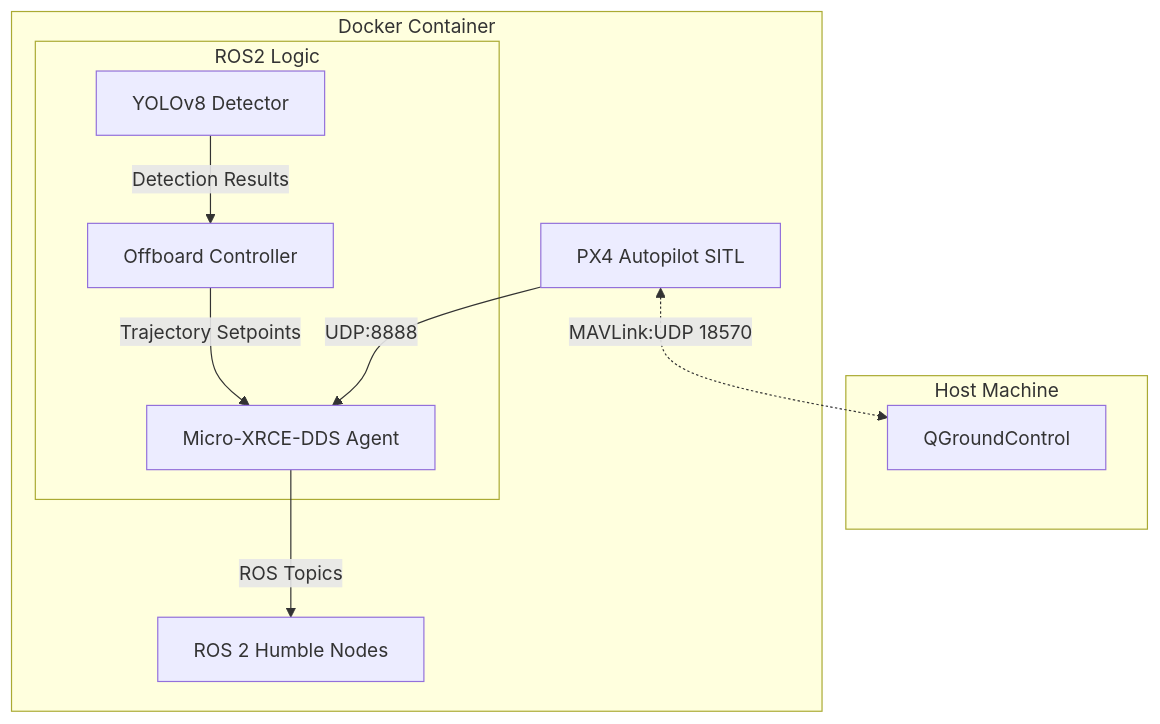
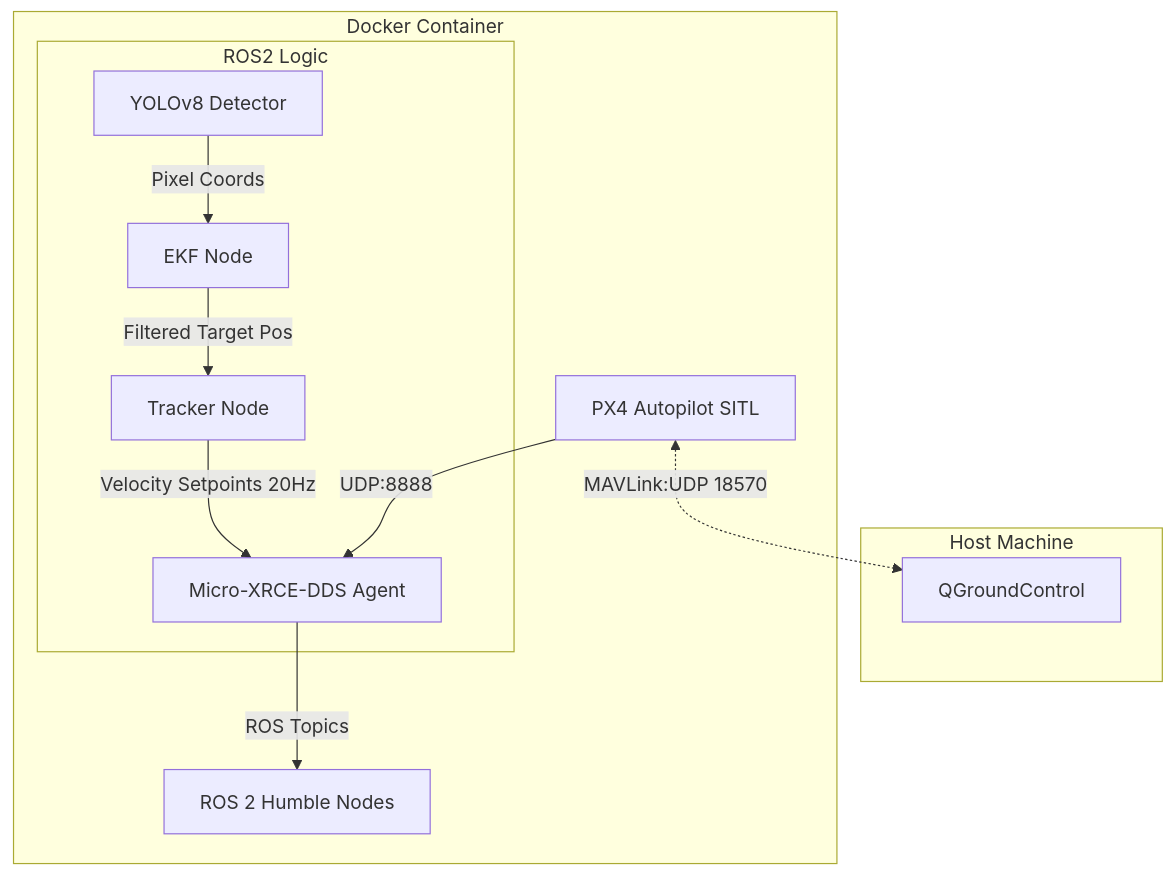
The diagram in README.md (mertaren/hunter_drone), drawn with Mermaid before and after one commit. The commit also changed other lines of this file and 7 other files, not shown here.

````diff
--- a/README.md
+++ b/README.md
@@ -41,18 +50,19 @@
 ```mermaid
 graph TD
     subgraph Host Machine
         QGC[QGroundControl]
     end
 
     subgraph Docker Container
         PX4[PX4 Autopilot SITL] -- UDP:8888 --> DDS[Micro-XRCE-DDS Agent]
         DDS -- ROS Topics --> ROS2[ROS 2 Humble Nodes]
-        
+
         subgraph ROS2 Logic
-            Control[Offboard Controller] -- Trajectory Setpoints --> DDS
-            Vision[YOLOv8 Detector] -- Detection Results --> Control
+            EKF[EKF Node] -- Filtered Target Pos --> Control[Tracker Node]
+            Vision[YOLOv8 Detector] -- Pixel Coords --> EKF
+            Control -- Velocity Setpoints 20Hz --> DDS
         end
-        
+
         PX4 <-.-> |MAVLink:UDP 18570| QGC
     end
 ```
````
